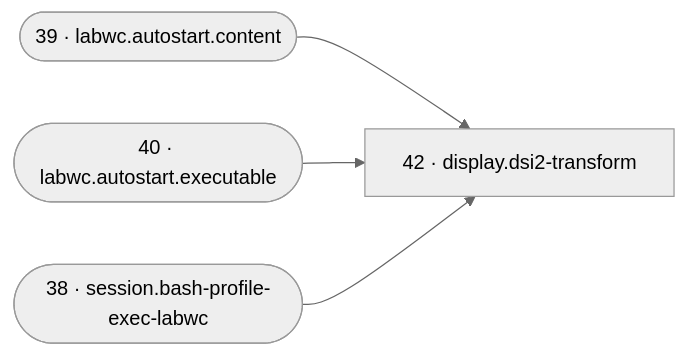
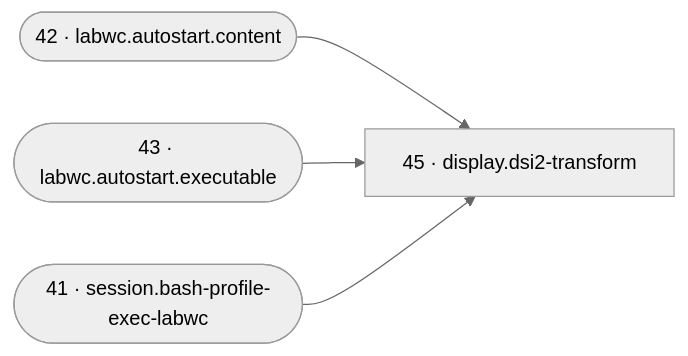
Diagram 13 of 21 in reference/reconcile-dag.md (SixFive7/FrameLink), drawn with Mermaid (neutral theme) before and after one commit. The commit also changed other lines of this file and 12 other files, not shown here.

````diff
--- a/reference/reconcile-dag.md
+++ b/reference/reconcile-dag.md
@@ -400,10 +409,10 @@
 ```mermaid
 flowchart LR
-  r42["42 · display.dsi2-transform"]
-  r38(["38 · session.bash-profile-exec-labwc"])
-  r39(["39 · labwc.autostart.content"])
-  r40(["40 · labwc.autostart.executable"])
-  r39 --> r42
-  r40 --> r42
-  r38 --> r42
+  r45["45 · display.dsi2-transform"]
+  r41(["41 · session.bash-profile-exec-labwc"])
+  r42(["42 · labwc.autostart.content"])
+  r43(["43 · labwc.autostart.executable"])
+  r42 --> r45
+  r43 --> r45
+  r41 --> r45
 ```
````
